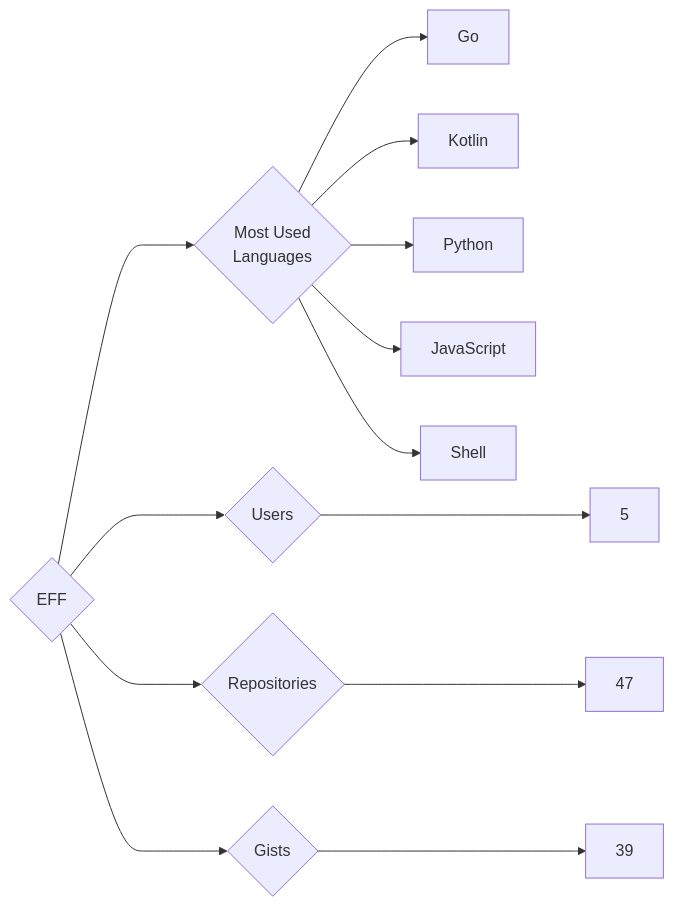
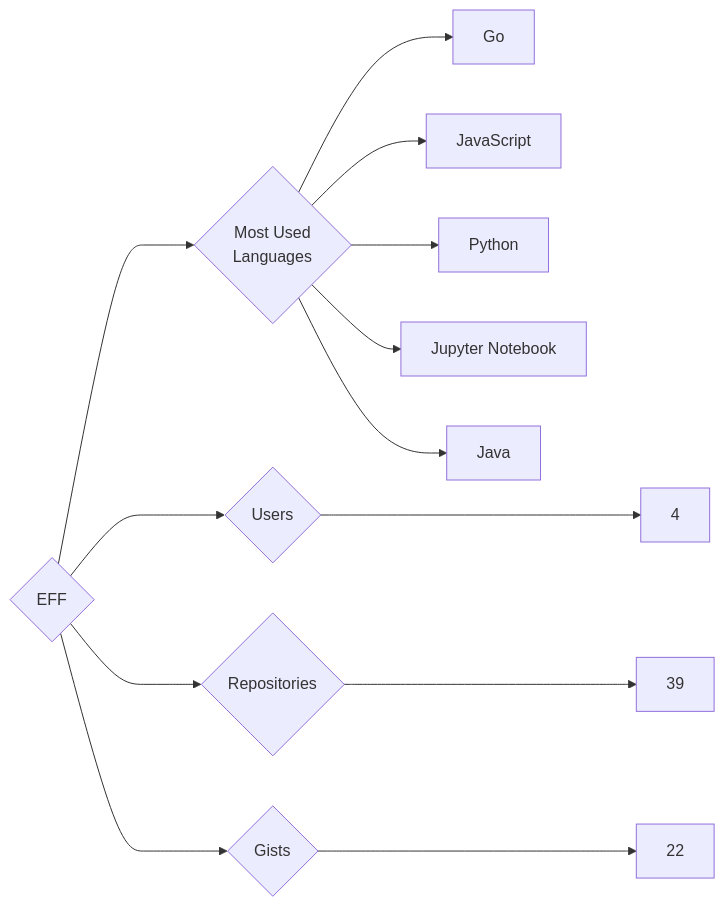
Before and after one commit to trickest/insiders: the diagram in targets/EFF/README.md, drawn with Mermaid. The commit also changed 1149 other files, not shown here.

````diff
--- a/targets/EFF/README.md
+++ b/targets/EFF/README.md
@@ -3,13 +3,13 @@
 ```mermaid
 graph LR
 COMPANY_NAME{EFF}
-COMPANY_NAME ---> U{Users} ---> UN[5]
-COMPANY_NAME ---> R{Repositories} ---> RN[47]
-COMPANY_NAME ---> G{Gists} ---> GN[39]
+COMPANY_NAME ---> U{Users} ---> UN[4]
+COMPANY_NAME ---> R{Repositories} ---> RN[39]
+COMPANY_NAME ---> G{Gists} ---> GN[22]
 COMPANY_NAME ---> ML{Most Used<br>Languages}
 ML --> Go[Go]
-ML --> Kotlin[Kotlin]
+ML --> JavaScript[JavaScript]
 ML --> Python[Python]
-ML --> JavaScript[JavaScript]
-ML --> Shell[Shell]
+ML --> Jupyter_Notebook[Jupyter Notebook]
+ML --> Java[Java]
 ```
````
